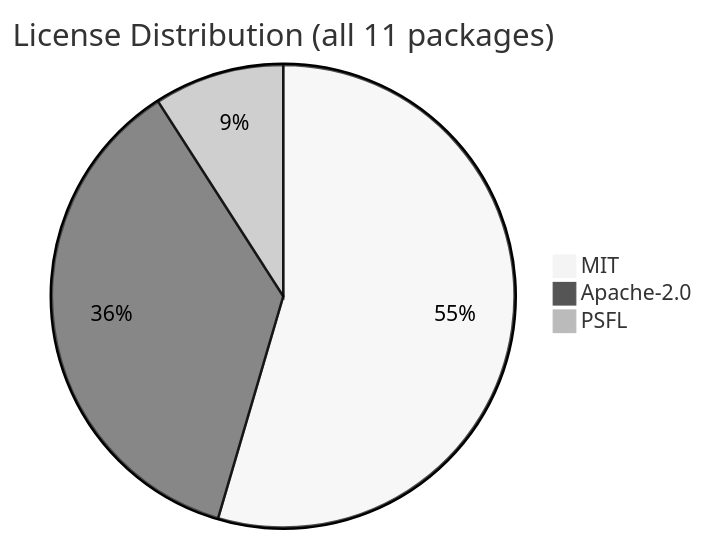
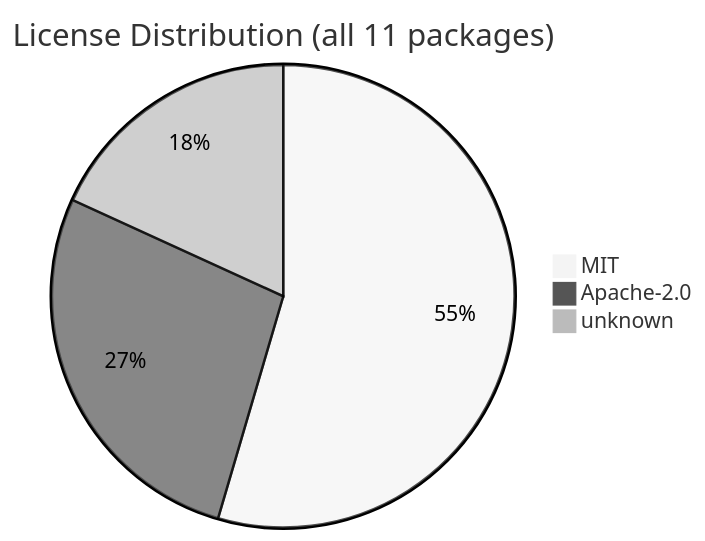
Before and after one commit to svenroth-ai/shipwright: the diagram in .shipwright/compliance/sbom.md, drawn with Mermaid (neutral theme). The commit also changed other lines of this file and 20 other files, not shown here.

````diff
--- a/.shipwright/compliance/sbom.md
+++ b/.shipwright/compliance/sbom.md
@@ -18,6 +18,6 @@
 ```mermaid
 pie title License Distribution (all 11 packages)
     "MIT" : 6
-    "Apache-2.0" : 4
-    "PSFL" : 1
+    "Apache-2.0" : 3
+    "unknown" : 2
 ```
````
